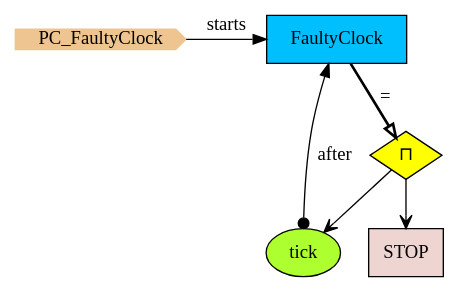
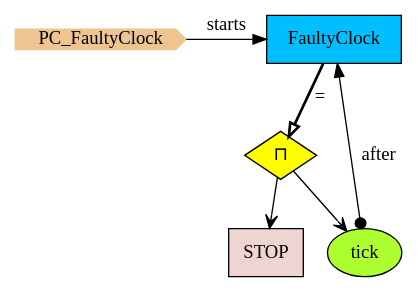
One commit to namalio/Fragmenta changed the diagram in Haskell/PCs/Examples/img/PC_FaultyClock.gv. Above: the diagram before and after it, drawn with Graphviz. The commit also changed 33 other files, not shown here.

```diff
--- a/Haskell/PCs/Examples/img/PC_FaultyClock.gv
+++ b/Haskell/PCs/Examples/img/PC_FaultyClock.gv
@@ -1,16 +1,17 @@
 digraph {
 
 StartN_ [shape = cds,color=burlywood2,style=filled,height=.2,width=.2, label =PC_FaultyClock];
+
+FaultyClock [shape=box,fillcolor=deepskyblue,style = filled,label="FaultyClock"];
+Op17e1125 [shape=diamond,fillcolor=yellow,style=filled,label="⊓"];
+Stopb53b6c8 [shape=box,fillcolor=mistyrose2,style = filled,label="STOP"];
 tick [shape=ellipse,fillcolor=greenyellow,style=filled,label="tick"];
-OpFaultyClock [shape=diamond,fillcolor=yellow,style=filled,label="⊓"];
-STOP [shape=box,fillcolor=mistyrose2,style = filled,label="STOP"];
-FaultyClock [shape=box,fillcolor=deepskyblue,style = filled,label="FaultyClock "];
 
 {rank=same;FaultyClock,StartN_}
 
+Op17e1125->Stopb53b6c8[arrowhead="open"];
 tick->FaultyClock[arrowtail=dot,dir=both,label="after"];
-OpFaultyClock->tick[arrowhead="open"];
-OpFaultyClock->STOP[arrowhead="open"];
-FaultyClock->OpFaultyClock[arrowhead="onormal",penwidth=2,label="="];
+Op17e1125->tick[arrowhead="open"];
+FaultyClock->Op17e1125[arrowhead="onormal",penwidth=2,label="="];
 StartN_->FaultyClock[label="starts"];
 }
```
